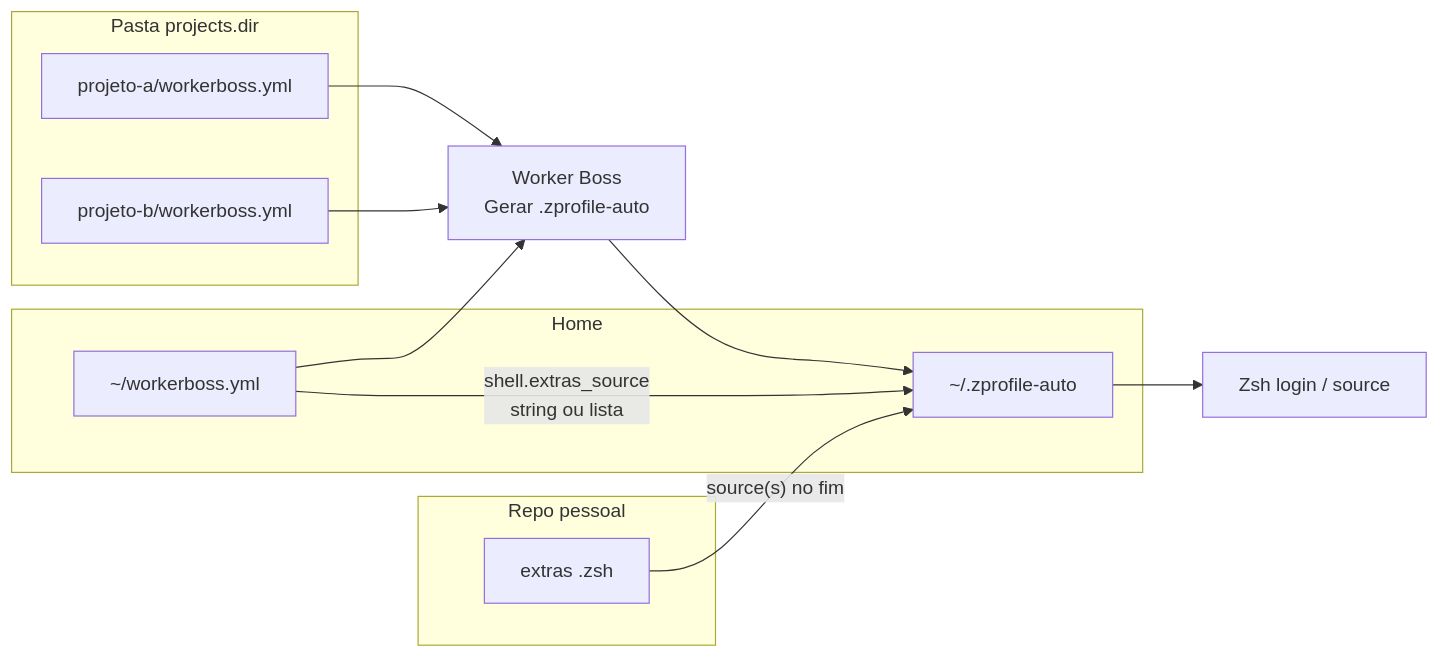
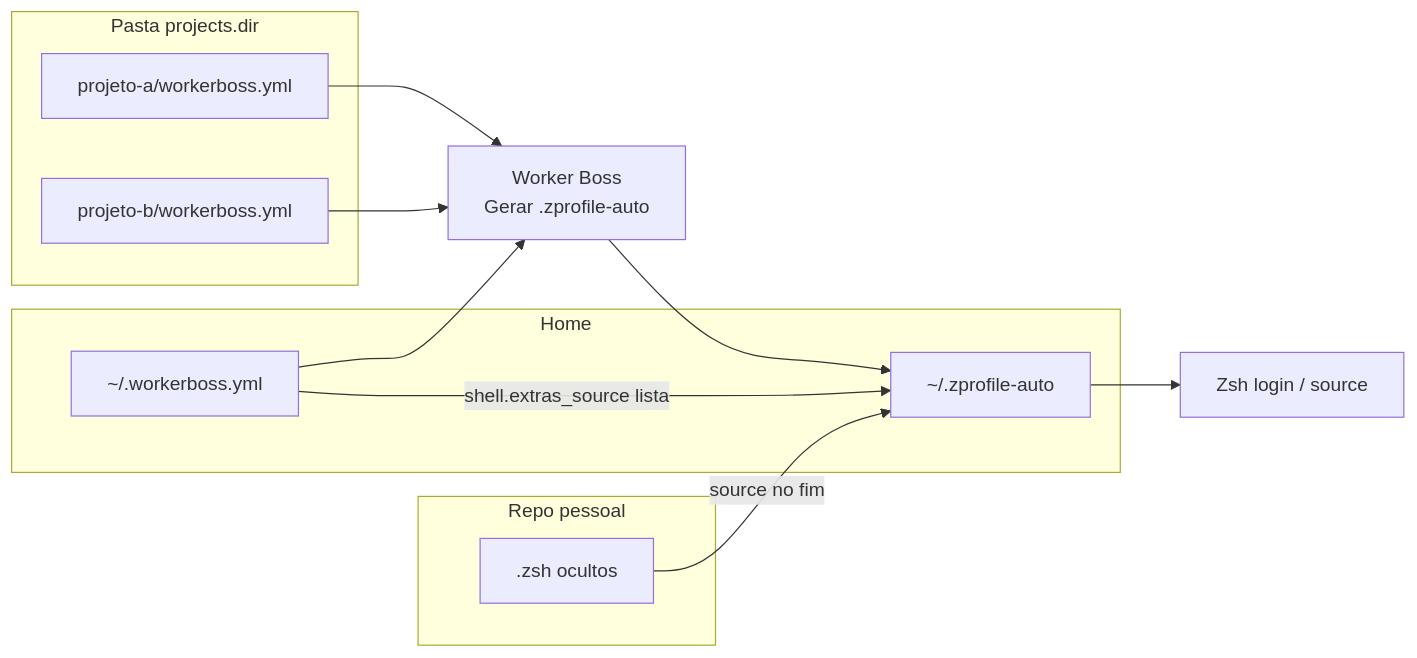
One commit to CeruttiMaicon/workerboss-extras changed the diagram in README.md. Above: the diagram before and after it, drawn with Mermaid. The commit also changed other lines of this file and 1 other file, not shown here.

Commit message:
feat(workerboss-extras): Introduce personal shell configurations and aliases in .workerboss-extras.zsh

````diff
--- a/README.md
+++ b/README.md
@@ -26,23 +26,23 @@
 ```mermaid
 flowchart LR
   subgraph home [Home]
-    WB_YAML["~/workerboss.yml"]
+    WB_YAML["~/.workerboss.yml"]
     ZPA["~/.zprofile-auto"]
   end
   subgraph projects [Pasta projects.dir]
     PY1["projeto-a/workerboss.yml"]
     PY2["projeto-b/workerboss.yml"]
   end
   subgraph personal [Repo pessoal]
-    EX["extras .zsh"]
+    EX[".zsh ocultos"]
   end
   WB["Worker Boss\nGerar .zprofile-auto"]
   ZSH["Zsh login / source"]
   WB_YAML --> WB
   PY1 --> WB
   PY2 --> WB
   WB --> ZPA
-  WB_YAML -->|"shell.extras_source\nstring ou lista"| ZPA
-  EX -->|"source(s) no fim"| ZPA
+  WB_YAML -->|"shell.extras_source lista"| ZPA
+  EX -->|"source no fim"| ZPA
   ZPA --> ZSH
 ```
````
